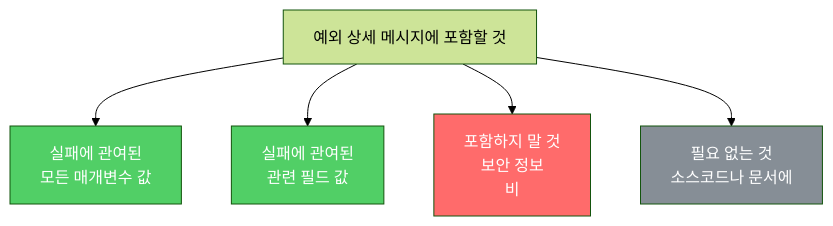
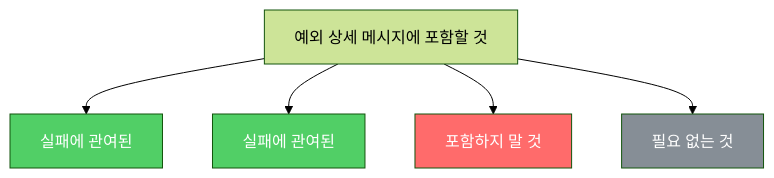
One commit to yjkim2015/yjkim2015.github.io changed the diagram in _posts/java/2022-02-20-effective-java75.md. Above: the diagram before and after it, drawn with Mermaid (forest theme). The commit also changed 217 other files, not shown here.

First line of the commit message:
Mermaid 크기 수정: useMaxWidth:true + SVG max-width:100% + 라벨 축소

````diff
--- a/_posts/java/2022-02-20-effective-java75.md
+++ b/_posts/java/2022-02-20-effective-java75.md
@@ -73,11 +73,11 @@
 ```mermaid
 graph TD
-    A["예외 상세 메시지에 포함할 것"] --> B["실패에 관여된\n모든 매개변수 값"]
-    A --> C["실패에 관여된\n관련 필드 값\n"]
-    A --> D["포함하지 말 것\n보안 정보\n비"]
-    A --> E["필요 없는 것\n소스코드나 문서에"]
+    A["예외 상세 메시지에 포함할 것"] --> B["실패에 관여된"]
+    A --> C["실패에 관여된"]
+    A --> D["포함하지 말 것"]
+    A --> E["필요 없는 것"]
     style B fill:#51cf66,color:#fff
     style C fill:#51cf66,color:#fff
     style D fill:#ff6b6b,color:#fff
     style E fill:#868e96,color:#fff
 ```
````
